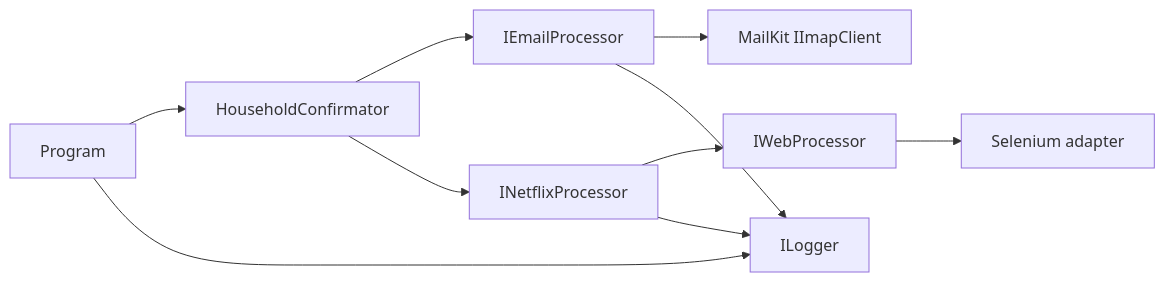
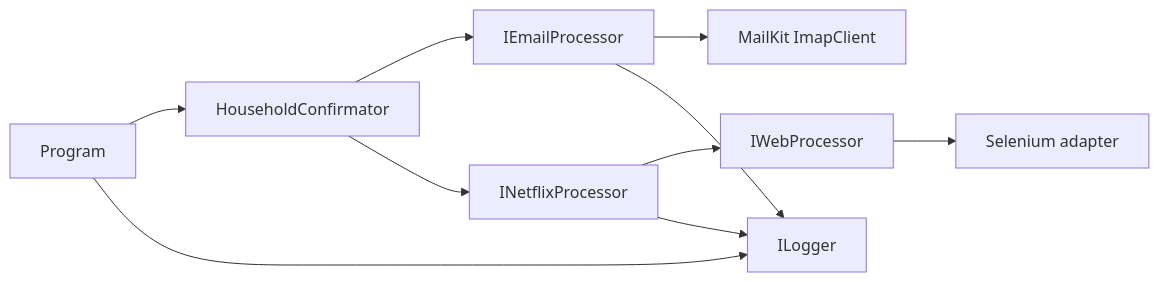
One commit to hmlendea/netflix-household-confirmator changed the diagram in docs/development-and-operations.md. Above: the diagram before and after it, drawn with Mermaid. The commit also changed 23 other files, not shown here.

````diff
--- a/docs/development-and-operations.md
+++ b/docs/development-and-operations.md
@@ -24,12 +24,12 @@
 ```mermaid
 flowchart LR
     host[Program] --> orchestrator[HouseholdConfirmator]
     orchestrator --> email[IEmailProcessor]
     orchestrator --> netflix[INetflixProcessor]
-    email --> mailkit[MailKit IImapClient]
+    email --> mailkit[MailKit ImapClient]
     netflix --> web[IWebProcessor]
     web --> selenium[Selenium adapter]
     host --> logger[ILogger]
     email --> logger
     netflix --> logger
 ```
````
